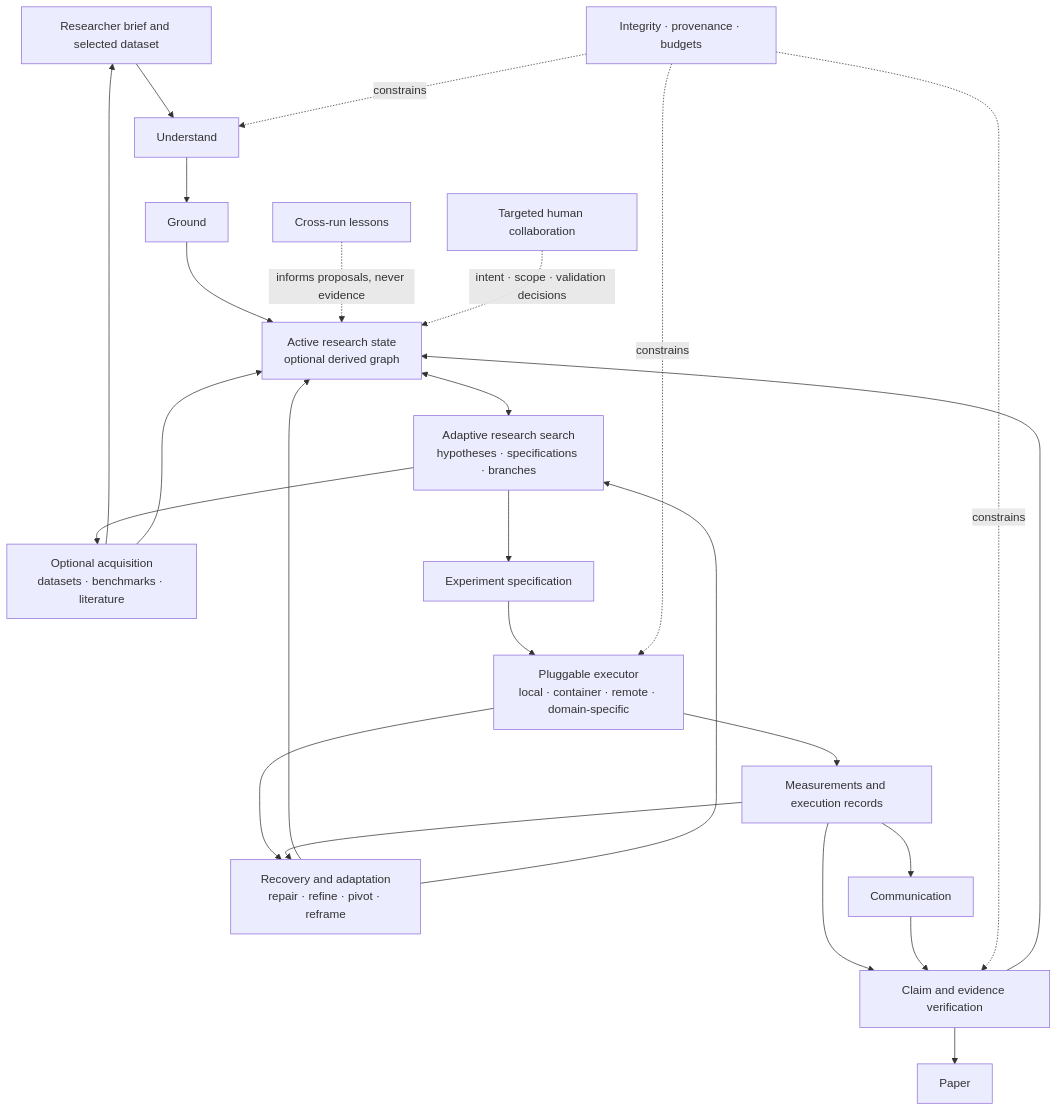
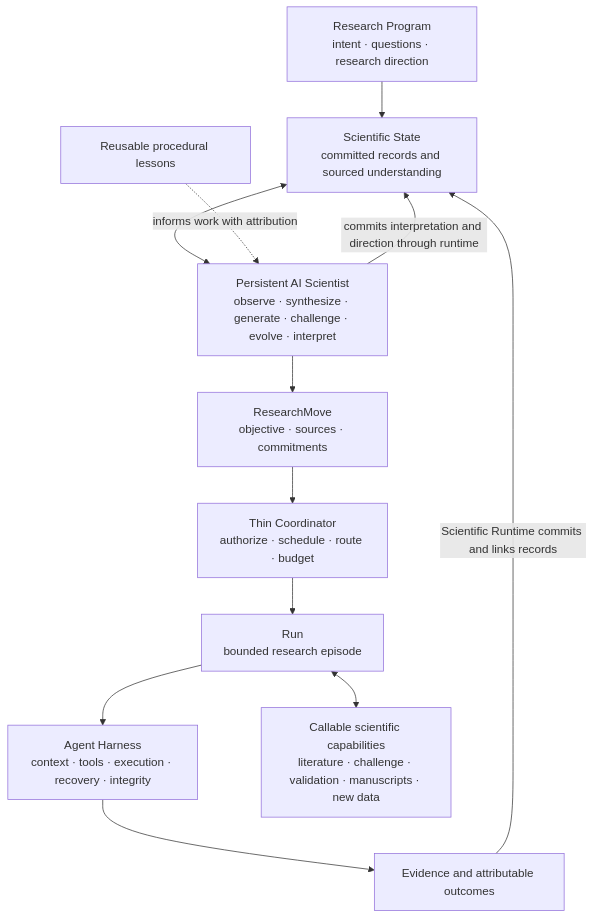
One commit to capstone-project-beyond8/popper-v2 changed the diagram in docs/ARCHITECTURE.md. Above: the diagram before and after it, drawn with Mermaid. The commit also changed other lines of this file and 1 other file, not shown here.

Commit message:
docs: define persistent scientist architecture and research continuity

````diff
--- a/docs/ARCHITECTURE.md
+++ b/docs/ARCHITECTURE.md
@@ -21,27 +24,14 @@
 ```mermaid
 flowchart TD
-    U[Researcher brief and selected dataset] --> A[Understand]
-    X[Optional acquisition<br/>datasets · benchmarks · literature] --> U
-    A --> G[Ground]
-    G --> D[Active research state<br/>optional derived graph]
-    D <--> S[Adaptive research search<br/>hypotheses · specifications · branches]
-    S --> E[Experiment specification]
-    E --> R[Pluggable executor<br/>local · container · remote · domain-specific]
-    R --> M[Measurements and execution records]
-    R --> F
-    M --> F[Recovery and adaptation<br/>repair · refine · pivot · reframe]
-    F --> D
-    F --> S
-    S --> X
-    X --> D
-    M --> V
-    V --> D
-    M --> C[Communication]
-    C --> V[Claim and evidence verification]
-    V --> P[Paper]
-    L[Cross-run lessons] -. informs proposals, never evidence .-> D
-    H[Targeted human collaboration] -. intent · scope · validation decisions .-> D
-    I[Integrity · provenance · budgets] -. constrains .-> A
-    I -. constrains .-> R
-    I -. constrains .-> V
+    P[Research Program<br/>intent · questions · research direction] --> K[Scientific State<br/>committed records and sourced understanding]
+    K <--> S[Persistent AI Scientist<br/>observe · synthesize · generate · challenge · evolve · interpret]
+    S --> M[ResearchMove<br/>objective · sources · commitments]
+    M --> C[Thin Coordinator<br/>authorize · schedule · route · budget]
+    C --> R[Run<br/>bounded research episode]
+    R --> H[Agent Harness<br/>context · tools · execution · recovery · integrity]
+    H --> E[Evidence and attributable outcomes]
+    E -->|Scientific Runtime commits and links records| K
+    S -->|commits interpretation and direction through runtime| K
+    R <--> X[Callable scientific capabilities<br/>literature · challenge · validation · manuscripts · new data]
+    L[Reusable procedural lessons] -. informs work with attribution .-> S
 ```
````
